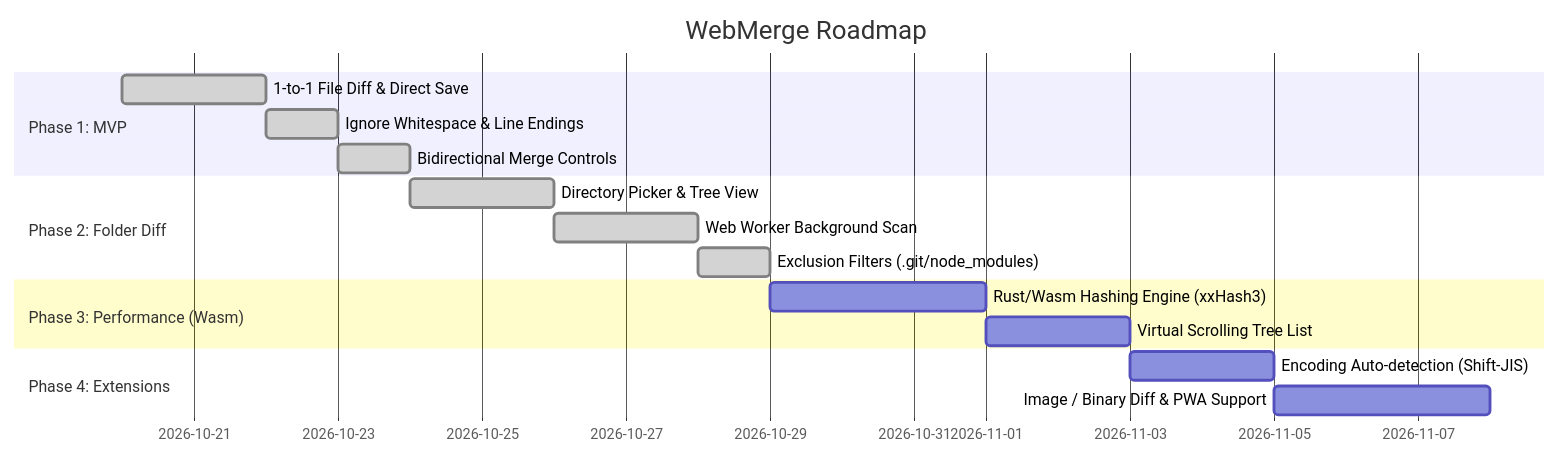
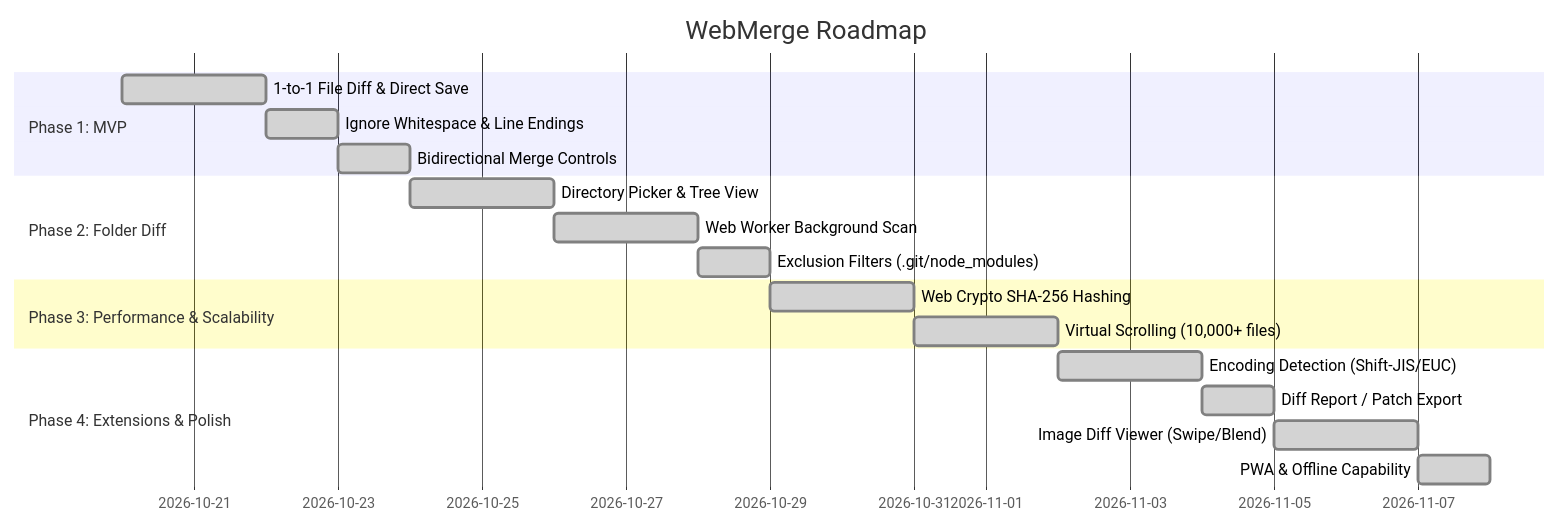
One commit to mahorobalab/web-merge changed the diagram in FEASIBILITY_AND_PLAN.md. Above: the diagram before and after it, drawn with Mermaid. The commit also changed 3 other files, not shown here.

Commit message:
docs: update features and roadmap status across all documentation

````diff
--- a/FEASIBILITY_AND_PLAN.md
+++ b/FEASIBILITY_AND_PLAN.md
@@ -64,19 +64,21 @@
 ```mermaid
 gantt
     title WebMerge Roadmap
     dateFormat  YYYY-MM-DD
     section Phase 1: MVP
     1-to-1 File Diff & Direct Save     :done, p1_1, 2026-10-20, 2d
     Ignore Whitespace & Line Endings    :done, p1_2, after p1_1, 1d
     Bidirectional Merge Controls        :done, p1_3, after p1_2, 1d
     section Phase 2: Folder Diff
     Directory Picker & Tree View        :done, p2_1, after p1_3, 2d
     Web Worker Background Scan          :done, p2_2, after p2_1, 2d
     Exclusion Filters (.git/node_modules):done, p2_3, after p2_2, 1d
-    section Phase 3: Performance (Wasm)
-    Rust/Wasm Hashing Engine (xxHash3)  :p3_1, after p2_3, 3d
-    Virtual Scrolling Tree List         :p3_2, after p3_1, 2d
-    section Phase 4: Extensions
-    Encoding Auto-detection (Shift-JIS) :p4_1, after p3_2, 2d
-    Image / Binary Diff & PWA Support   :p4_2, after p4_1, 3d
+    section Phase 3: Performance & Scalability
+    Web Crypto SHA-256 Hashing          :done, p3_1, after p2_3, 2d
+    Virtual Scrolling (10,000+ files)   :done, p3_2, after p3_1, 2d
+    section Phase 4: Extensions & Polish
+    Encoding Detection (Shift-JIS/EUC)  :done, p4_1, after p3_2, 2d
+    Diff Report / Patch Export          :done, p4_2, after p4_1, 1d
+    Image Diff Viewer (Swipe/Blend)     :done, p4_3, after p4_2, 2d
+    PWA & Offline Capability            :done, p4_4, after p4_3, 1d
 ```
````
